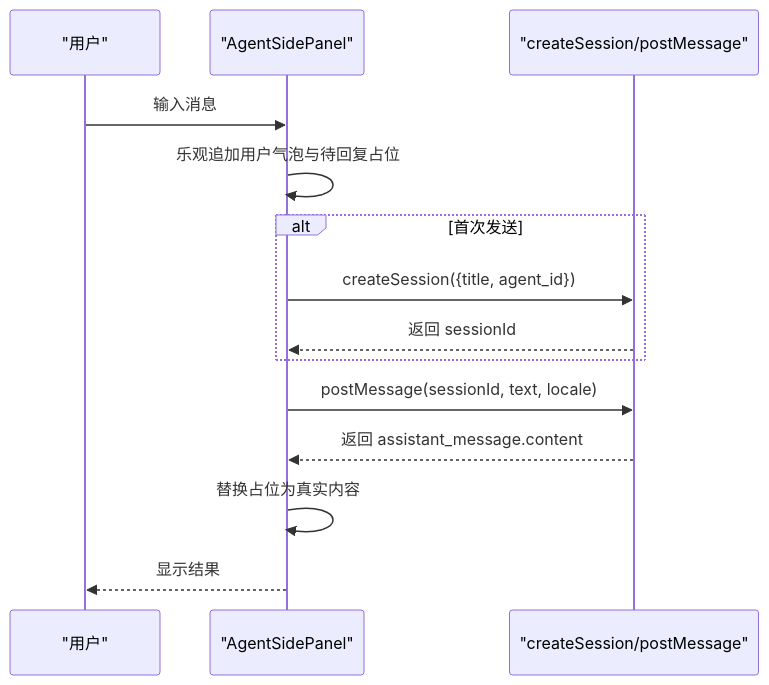
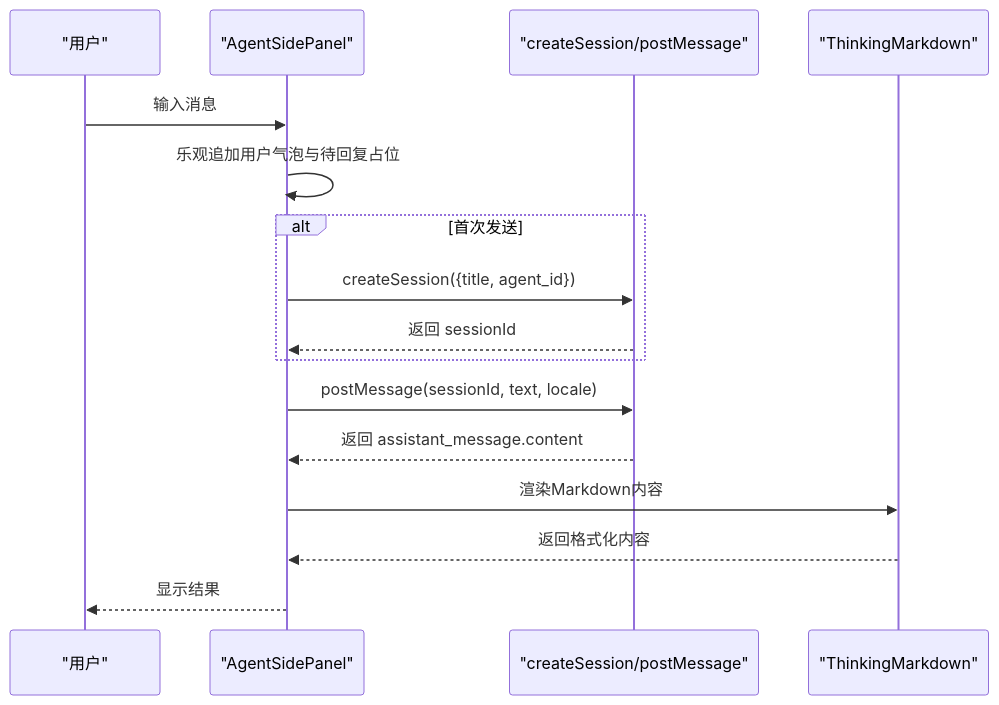
One commit to xied1133-oss/ongrid changed the sixth of 9 diagrams in .qoder/repowiki/zh/content/前端应用/UI 组件库/高级组件.md. Above: the diagram before and after it, drawn with Mermaid. The commit also changed other lines of this file and 298 other files, not shown here.

````diff
--- a/.qoder/repowiki/zh/content/前端应用/UI 组件库/高级组件.md
+++ b/.qoder/repowiki/zh/content/前端应用/UI 组件库/高级组件.md
@@ -271,16 +304,18 @@
 ```mermaid
 sequenceDiagram
 participant U as "用户"
 participant A as "AgentSidePanel"
 participant API as "createSession/postMessage"
+participant TM as "ThinkingMarkdown"
 U->>A : 输入消息
 A->>A : 乐观追加用户气泡与待回复占位
 alt 首次发送
 A->>API : createSession({title, agent_id})
 API-->>A : 返回 sessionId
 end
 A->>API : postMessage(sessionId, text, locale)
 API-->>A : 返回 assistant_message.content
-A->>A : 替换占位为真实内容
+A->>TM : 渲染Markdown内容
+TM-->>A : 返回格式化内容
 A-->>U : 显示结果
 ```
````
